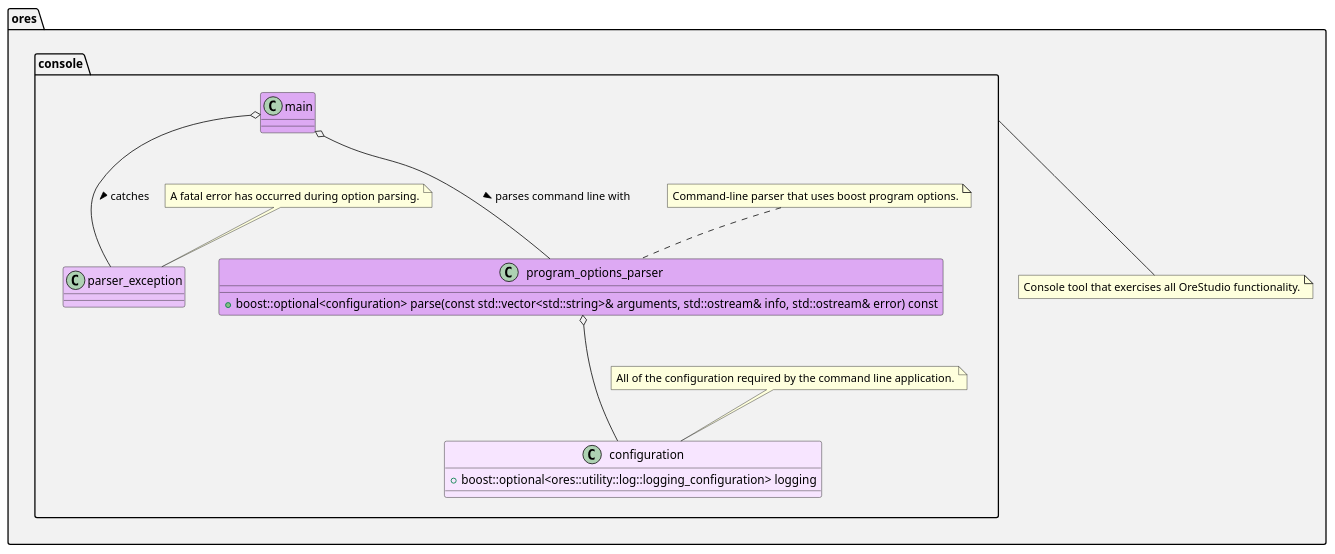
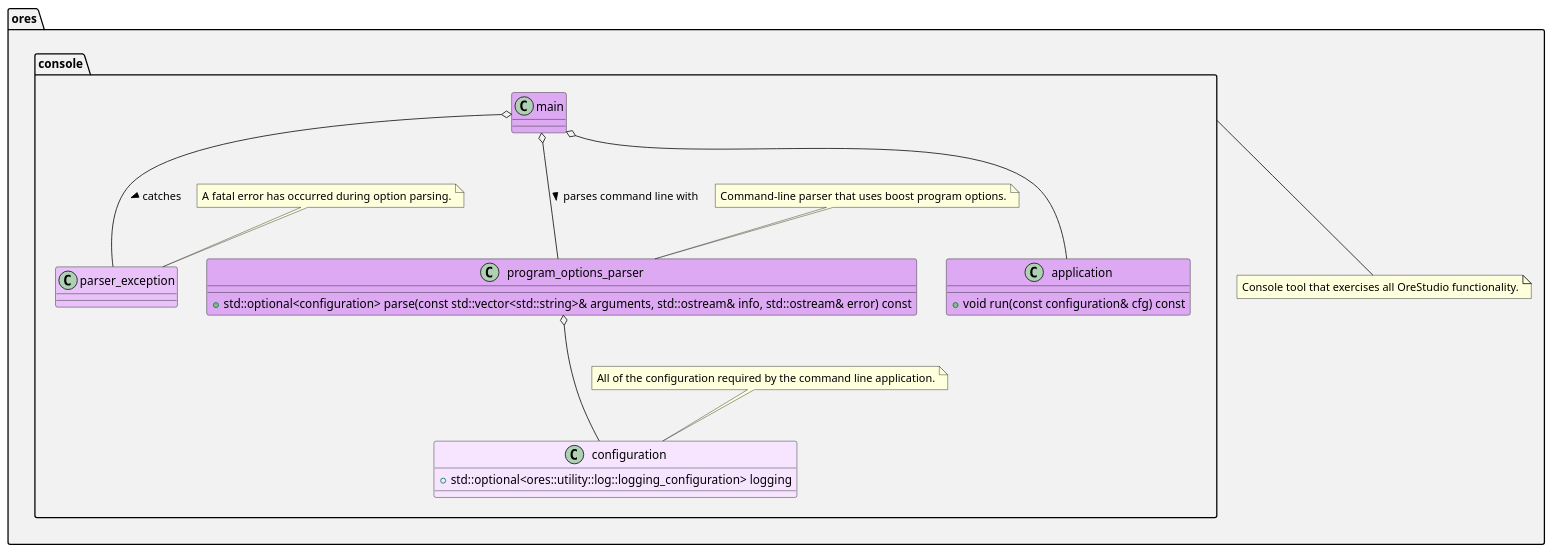
The diagram in doc/modeling/ores.console.plantuml (OreStudio/OreStudio), drawn with PlantUML before and after one commit. The commit also changed 17 other files, not shown here.

Commit message:
console, utility: use std types where possible instead of boost

```diff
--- a/doc/modeling/ores.console.plantuml
+++ b/doc/modeling/ores.console.plantuml
@@ -17,38 +17,43 @@
 @startuml
 
 namespace ores #F2F2F2 {
 
     note "Console tool that exercises all OreStudio functionality." as N1
     console --- N1
     namespace console #F2F2F2 {
 
         class configuration #F7E5FF {
-            +{field} boost::optional<ores::utility::log::logging_configuration> logging
+            +{field} std::optional<ores::utility::log::logging_configuration> logging
         }
         note top of configuration
             All of the configuration required by the command line application.
         end note
 
         class parser_exception #E8C2F8
         note top of parser_exception
             A fatal error has occurred during option parsing.
         end note
 
         class program_options_parser #DDA9F3 {
-            +{method} boost::optional<configuration> parse(const std::vector<std::string>& arguments, std::ostream& info, std::ostream& error) const
+            +{method} std::optional<configuration> parse(const std::vector<std::string>& arguments, std::ostream& info, std::ostream& error) const
         }
         program_options_parser o--- configuration
         note top of program_options_parser
             Command-line parser that uses boost program options.
         end note
 
+        class application #DDA9F3 {
+            +{method} void run(const configuration& cfg) const
+        }
+
         class main #DDA9F3
         main o--- parser_exception : > catches
         main o--- program_options_parser : parses command line with >
+        main o--- application
     }
 }
 
 ' Local Variables:
 ' compile-command: "java -Djava.awt.headless=true -DPLANTUML_SECURITY_PROFILE=UNSECURE -DPLANTUML_LIMIT_SIZE= -jar /usr/share/plantuml/plantuml.jar ores.console.plantuml"
 ' End:
 @enduml
```
